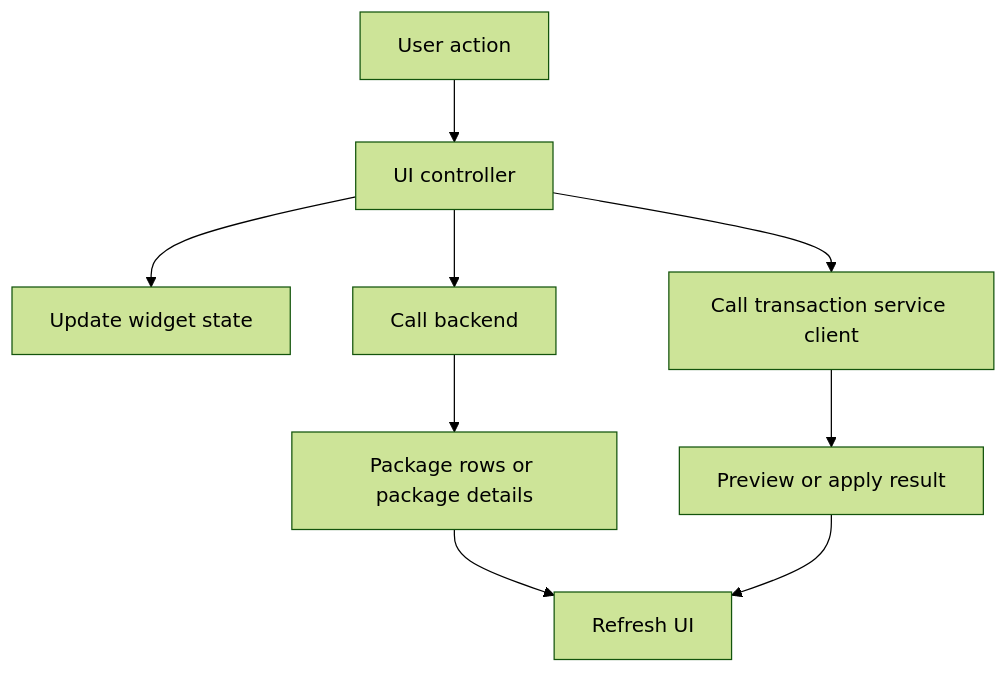
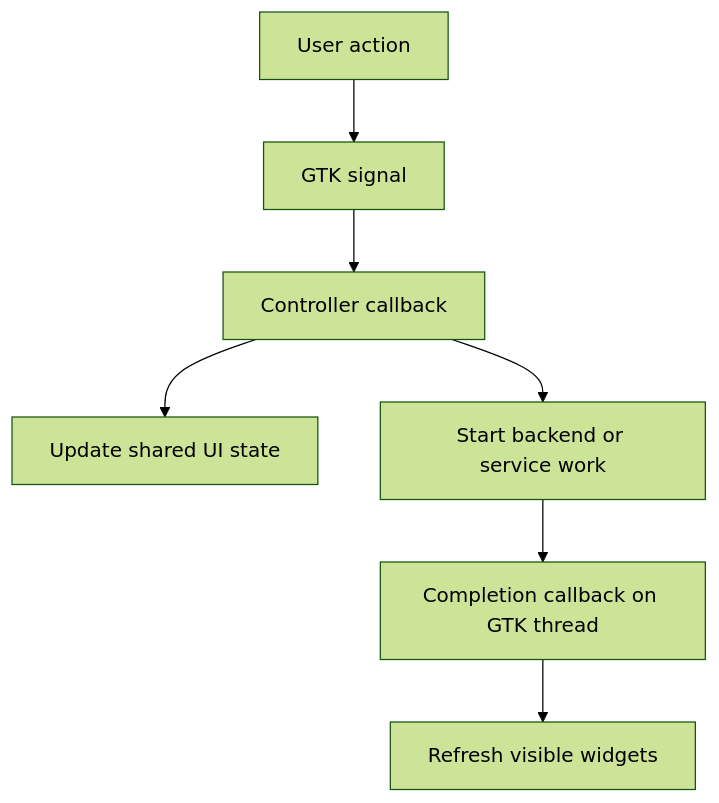
The third of 4 diagrams in docs/architecture.md (ErikMN/dnf_ui), drawn with Mermaid (forest theme) before and after one commit. The commit also changed other lines of this file and 39 other files, not shown here.

````diff
--- a/docs/architecture.md
+++ b/docs/architecture.md
@@ -98,11 +98,9 @@
 ```mermaid
 flowchart TD
-    A[User action] --> B[UI controller]
-    B --> C[Update widget state]
-    B --> D[Call backend]
-    B --> E[Call transaction service client]
-    D --> F[Package rows or package details]
-    E --> G[Preview or apply result]
-    F --> H[Refresh UI]
-    G --> H
+    User[User action] --> Signal[GTK signal]
+    Signal --> Controller[Controller callback]
+    Controller --> State[Update shared UI state]
+    Controller --> Work[Start backend or service work]
+    Work --> Finish[Completion callback on GTK thread]
+    Finish --> UI[Refresh visible widgets]
 ```
````
